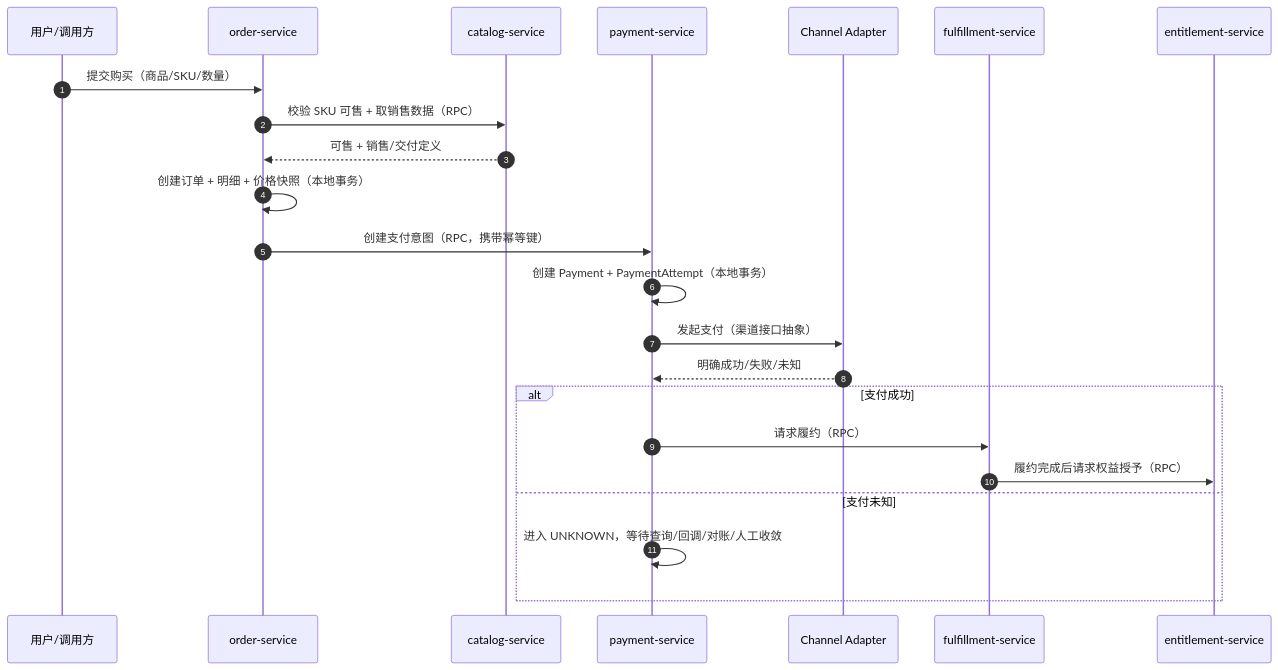
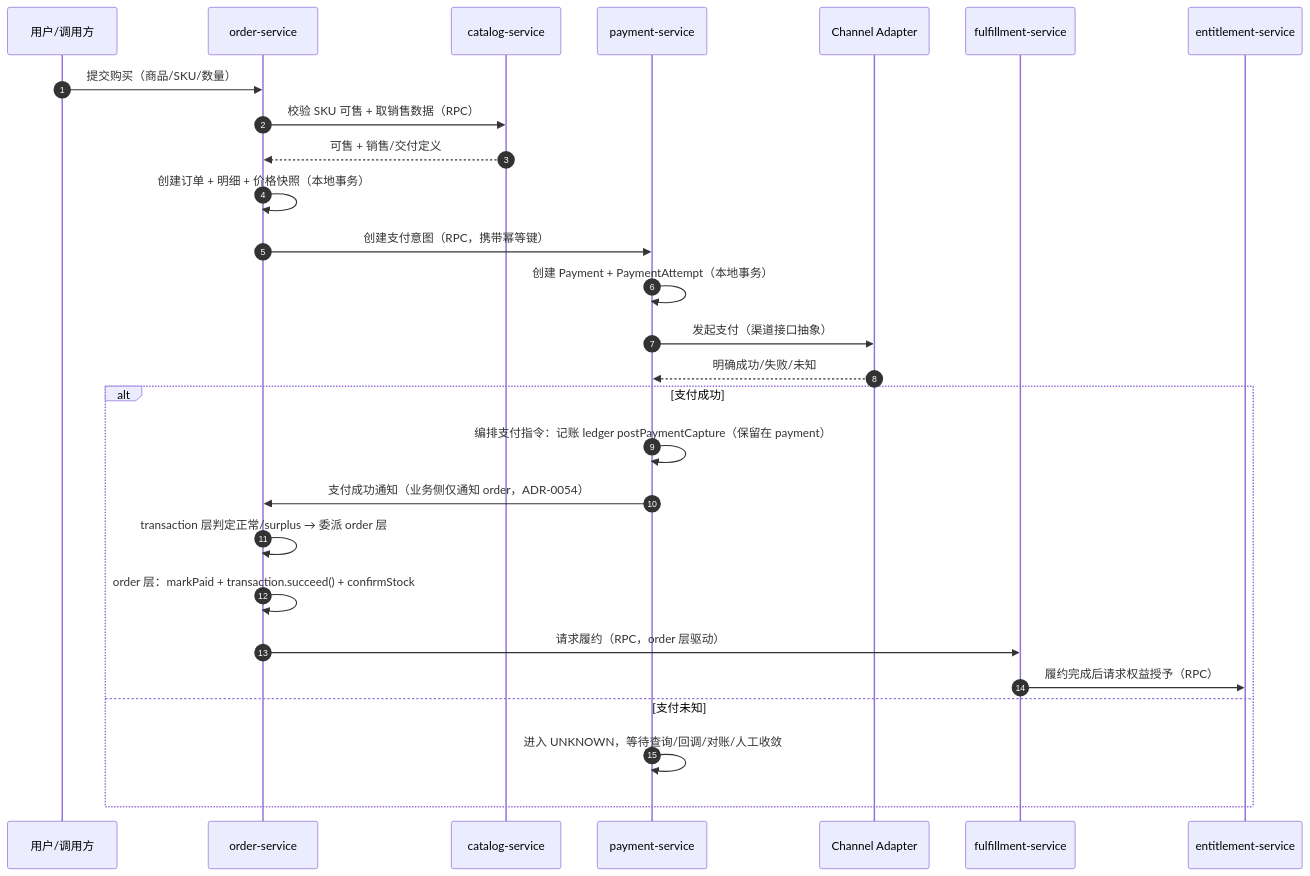
One commit to ckcky/Payment changed the first of 3 diagrams in docs/architecture/technical-solution.md. Above: the diagram before and after it, drawn with Mermaid. The commit also changed other lines of this file and 10 other files, not shown here.

````diff
--- a/docs/architecture/technical-solution.md
+++ b/docs/architecture/technical-solution.md
@@ -230,26 +232,30 @@
 ```mermaid
 sequenceDiagram
     autonumber
     participant U as 用户/调用方
     participant O as order-service
     participant Cat as catalog-service
     participant P as payment-service
     participant Ch as Channel Adapter
     participant F as fulfillment-service
     participant E as entitlement-service
 
     U->>O: 提交购买（商品/SKU/数量）
     O->>Cat: 校验 SKU 可售 + 取销售数据（RPC）
     Cat-->>O: 可售 + 销售/交付定义
     O->>O: 创建订单 + 明细 + 价格快照（本地事务）
     O->>P: 创建支付意图（RPC，携带幂等键）
     P->>P: 创建 Payment + PaymentAttempt（本地事务）
     P->>Ch: 发起支付（渠道接口抽象）
     Ch-->>P: 明确成功/失败/未知
     alt 支付成功
-        P->>F: 请求履约（RPC）
+        P->>P: 编排支付指令：记账 ledger postPaymentCapture（保留在 payment）
+        P->>O: 支付成功通知（业务侧仅通知 order，ADR-0054）
+        O->>O: transaction 层判定正常/surplus → 委派 order 层
+        O->>O: order 层：markPaid + transaction.succeed() + confirmStock
+        O->>F: 请求履约（RPC，order 层驱动）
         F->>E: 履约完成后请求权益授予（RPC）
     else 支付未知
         P->>P: 进入 UNKNOWN，等待查询/回调/对账/人工收敛
     end
 ```
````
